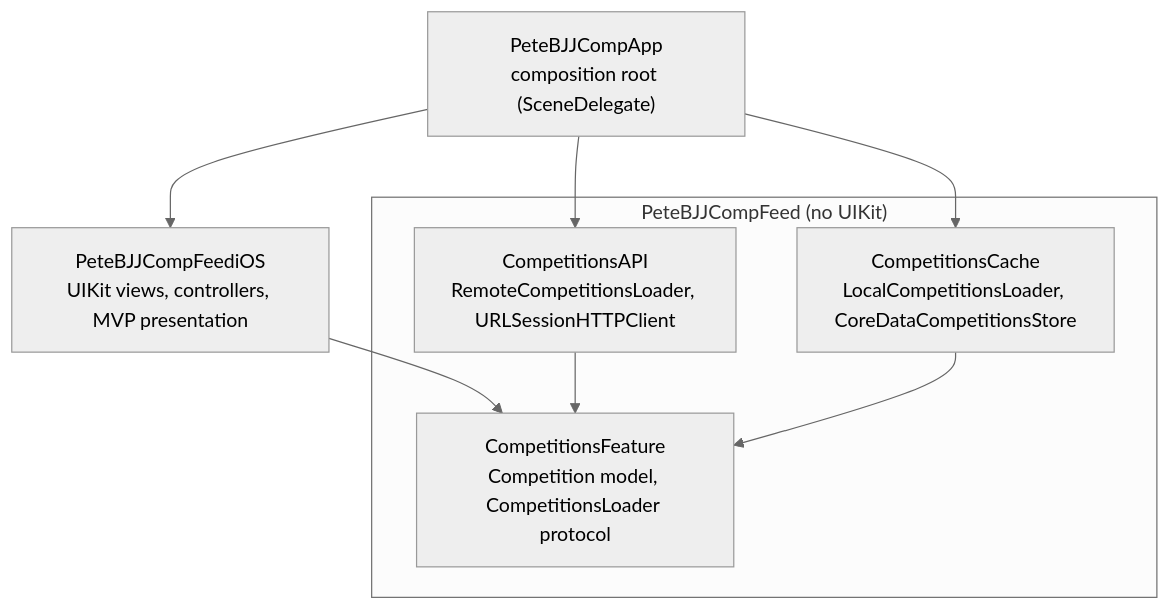
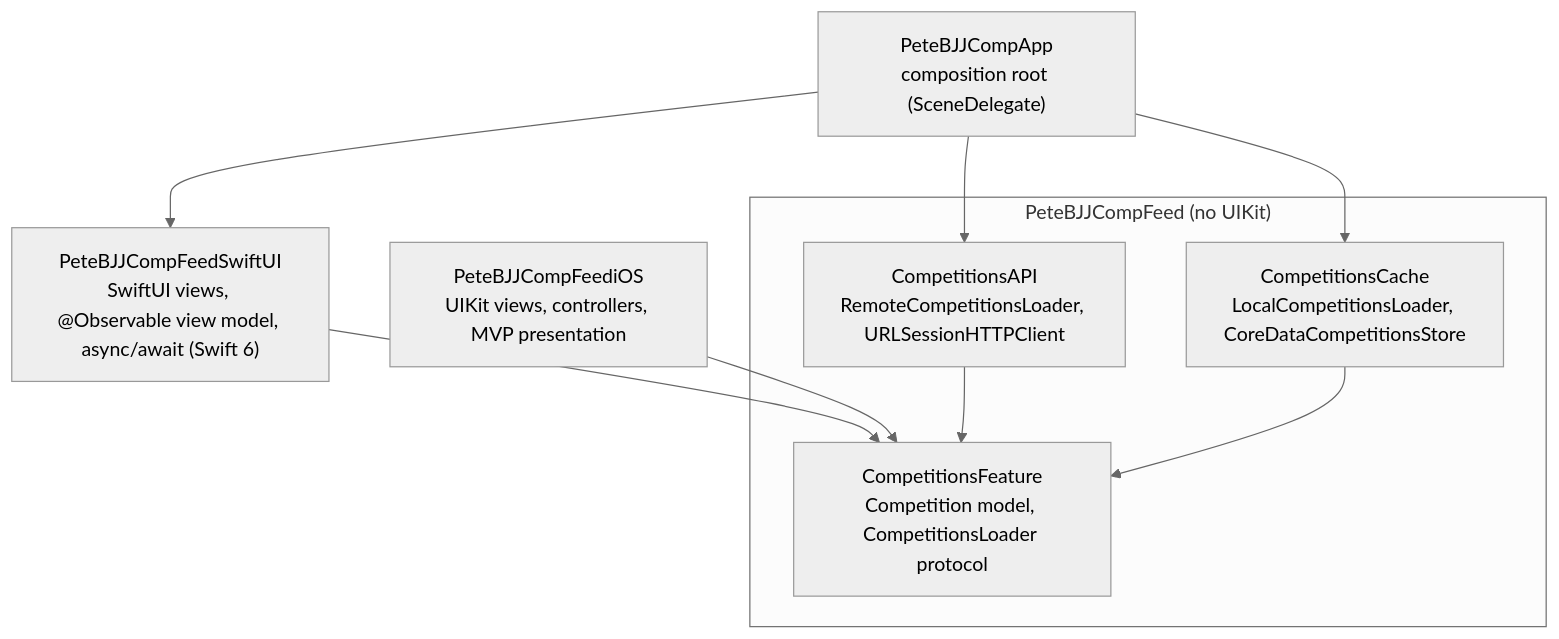
One commit to vincethecoder/app-bjj-competition-finder changed the diagram in README.md. Above: the diagram before and after it, drawn with Mermaid (neutral theme). The commit also changed other lines of this file, not shown here.

Commit message:
docs: Document the SwiftUI feed and module

````diff
--- a/README.md
+++ b/README.md
@@ -23,16 +23,18 @@
 ```mermaid
 flowchart TD
     App["PeteBJJCompApp<br/>composition root (SceneDelegate)"]
+    SwiftUI["PeteBJJCompFeedSwiftUI<br/>SwiftUI views, @Observable view model, async/await (Swift 6)"]
     UI["PeteBJJCompFeediOS<br/>UIKit views, controllers, MVP presentation"]
     subgraph Core["PeteBJJCompFeed (no UIKit)"]
         Feature["CompetitionsFeature<br/>Competition model, CompetitionsLoader protocol"]
         API["CompetitionsAPI<br/>RemoteCompetitionsLoader, URLSessionHTTPClient"]
         Cache["CompetitionsCache<br/>LocalCompetitionsLoader, CoreDataCompetitionsStore"]
     end
-    App --> UI
+    App --> SwiftUI
+    SwiftUI --> Feature
     App --> API
     App --> Cache
     UI --> Feature
     API --> Feature
     Cache --> Feature
 ```
````
